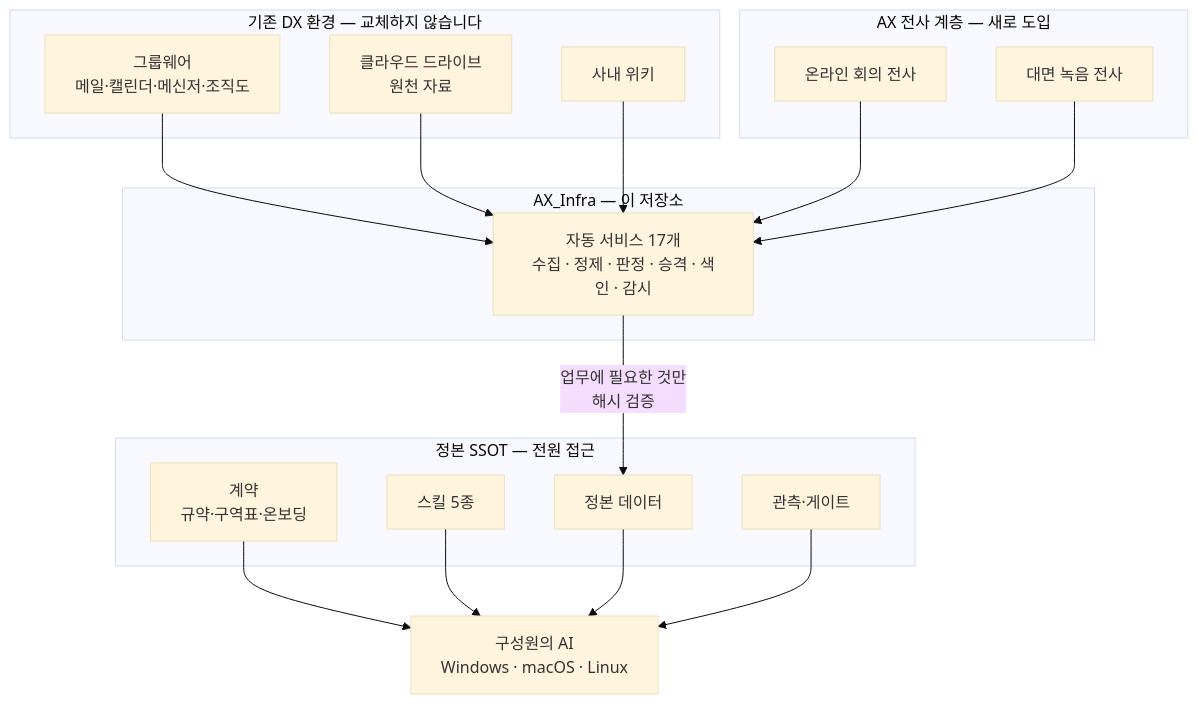
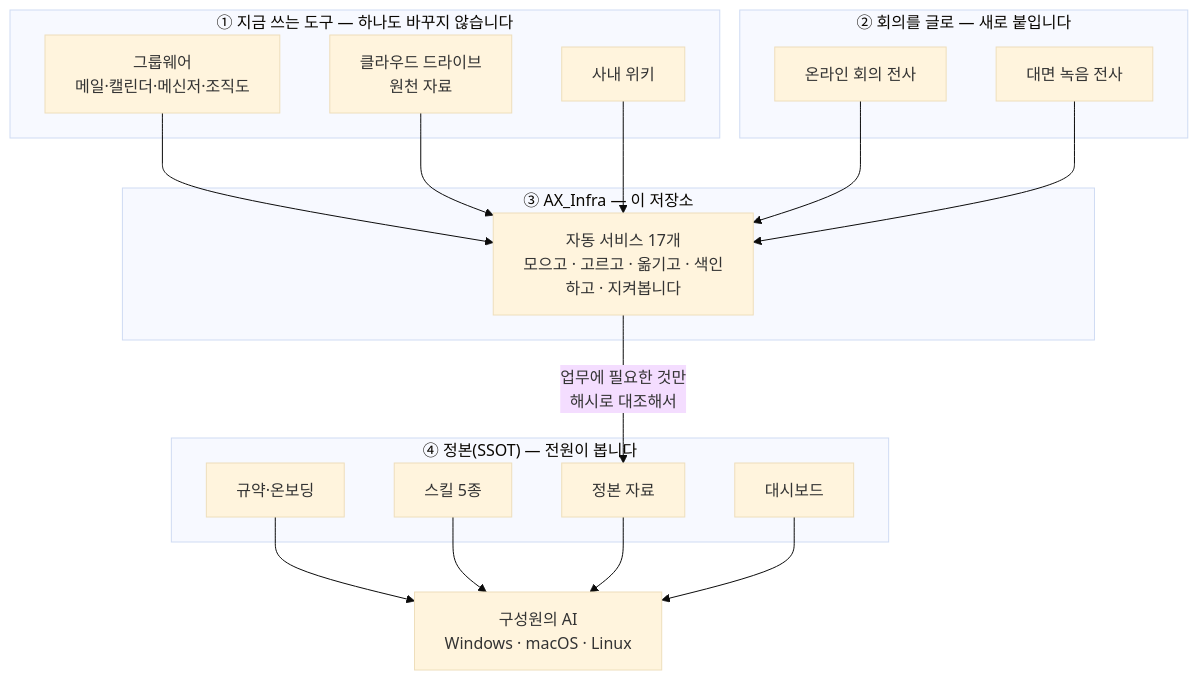
The second of 8 diagrams in README.md (Roykoo83/ur-harness), drawn with Mermaid (base theme) before and after one commit. The commit also changed other lines of this file, not shown here.

````diff
--- a/README.md
+++ b/README.md
@@ -26,33 +56,33 @@
 ```mermaid
 graph TB
-    subgraph L0["기존 DX 환경 — 교체하지 않습니다"]
+    subgraph L0["① 지금 쓰는 도구 — 하나도 바꾸지 않습니다"]
         A1["그룹웨어<br/>메일·캘린더·메신저·조직도"]
         A2["클라우드 드라이브<br/>원천 자료"]
         A3["사내 위키"]
     end
-    subgraph L1["AX 전사 계층 — 새로 도입"]
+    subgraph L1["② 회의를 글로 — 새로 붙입니다"]
         B1["온라인 회의 전사"]
         B2["대면 녹음 전사"]
     end
-    subgraph L2["AX_Infra — 이 저장소"]
-        C1["자동 서비스 17개<br/>수집 · 정제 · 판정 · 승격 · 색인 · 감시"]
+    subgraph L2["③ AX_Infra — 이 저장소"]
+        C1["자동 서비스 17개<br/>모으고 · 고르고 · 옮기고 · 색인하고 · 지켜봅니다"]
     end
-    subgraph L3["정본 SSOT — 전원 접근"]
-        D1["계약<br/>규약·구역표·온보딩"]
+    subgraph L3["④ 정본(SSOT) — 전원이 봅니다"]
+        D1["규약·온보딩"]
         D2["스킬 5종"]
-        D3["정본 데이터"]
-        D4["관측·게이트"]
+        D3["정본 자료"]
+        D4["대시보드"]
     end
     E["구성원의 AI<br/>Windows · macOS · Linux"]
 
     A1 --> C1
     A2 --> C1
     A3 --> C1
     B1 --> C1
     B2 --> C1
-    C1 -->|"업무에 필요한 것만<br/>해시 검증"| D3
+    C1 -->|"업무에 필요한 것만<br/>해시로 대조해서"| D3
     D1 --> E
     D2 --> E
     D3 --> E
     D4 --> E
 ```
````
